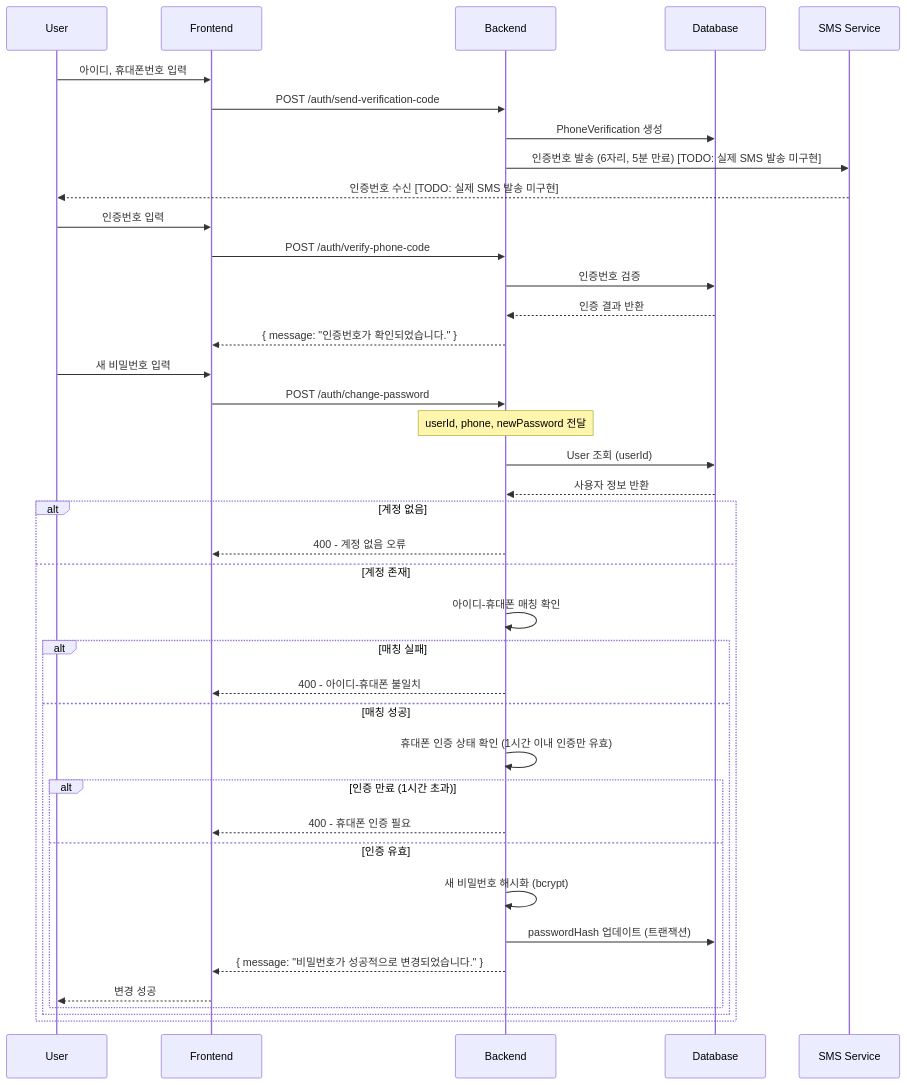
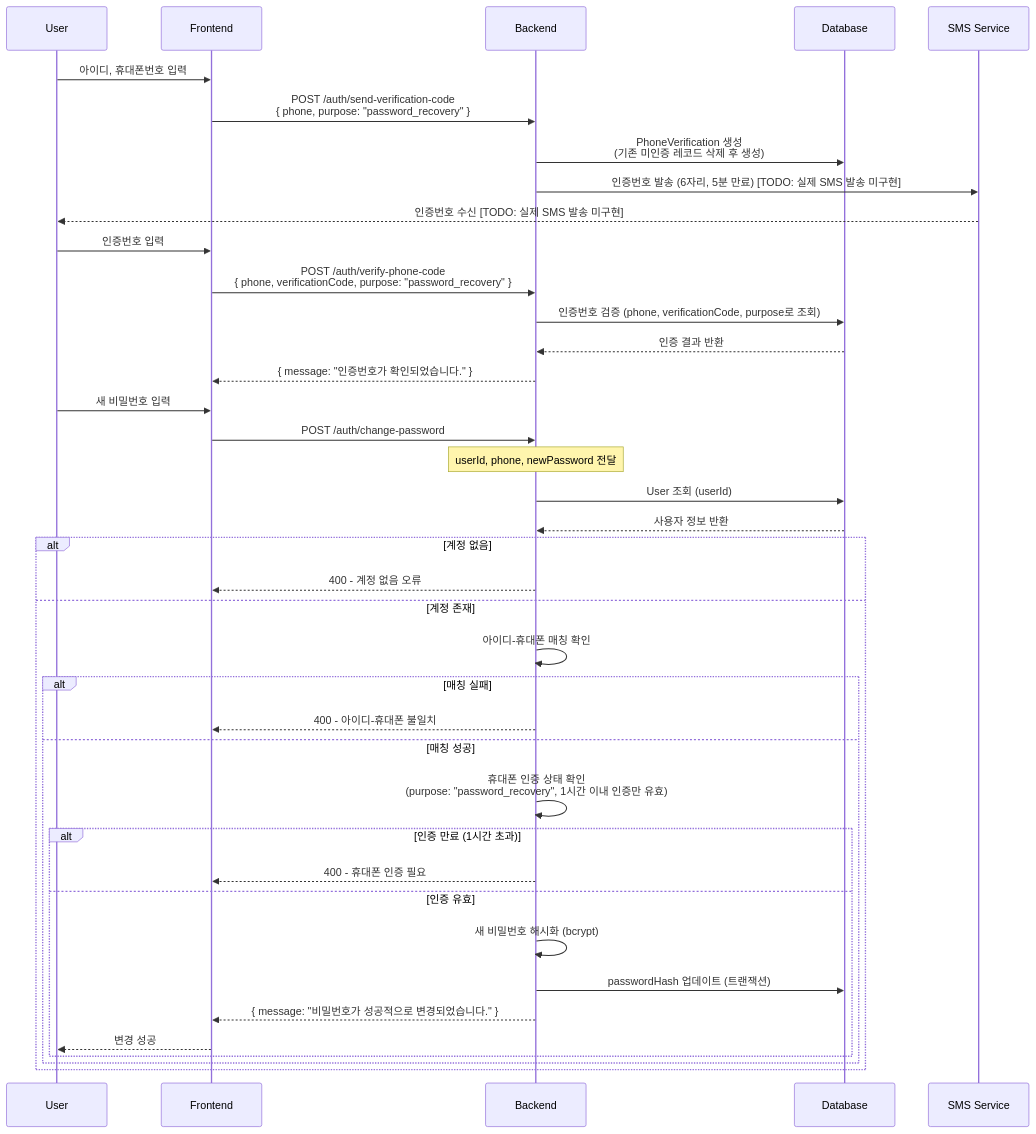
Before and after one commit to picake-team/picake-engineering-backend: the sixth of 9 diagrams in docs/common/feature/통합 인증 - 가이드.md, drawn with Mermaid. The commit also changed other lines of this file and 13 other files, not shown here.

````diff
--- a/docs/common/feature/통합 인증 - 가이드.md
+++ b/docs/common/feature/통합 인증 - 가이드.md
@@ -240,45 +240,45 @@
 ```mermaid
 sequenceDiagram
     participant U as User
     participant F as Frontend
     participant B as Backend
     participant DB as Database
     participant SMS as SMS Service
 
     U->>F: 아이디, 휴대폰번호 입력
-    F->>B: POST /auth/send-verification-code
-    B->>DB: PhoneVerification 생성
+    F->>B: POST /auth/send-verification-code<br/>{ phone, purpose: "password_recovery" }
+    B->>DB: PhoneVerification 생성<br/>(기존 미인증 레코드 삭제 후 생성)
     B->>SMS: 인증번호 발송 (6자리, 5분 만료) [TODO: 실제 SMS 발송 미구현]
     SMS-->>U: 인증번호 수신 [TODO: 실제 SMS 발송 미구현]
 
     U->>F: 인증번호 입력
-    F->>B: POST /auth/verify-phone-code
-    B->>DB: 인증번호 검증
+    F->>B: POST /auth/verify-phone-code<br/>{ phone, verificationCode, purpose: "password_recovery" }
+    B->>DB: 인증번호 검증 (phone, verificationCode, purpose로 조회)
     DB-->>B: 인증 결과 반환
     B-->>F: { message: "인증번호가 확인되었습니다." }
 
     U->>F: 새 비밀번호 입력
     F->>B: POST /auth/change-password
     Note over B: userId, phone, newPassword 전달
     B->>DB: User 조회 (userId)
     DB-->>B: 사용자 정보 반환
 
     alt 계정 없음
         B-->>F: 400 - 계정 없음 오류
     else 계정 존재
         B->>B: 아이디-휴대폰 매칭 확인
         alt 매칭 실패
             B-->>F: 400 - 아이디-휴대폰 불일치
         else 매칭 성공
-            B->>B: 휴대폰 인증 상태 확인 (1시간 이내 인증만 유효)
+            B->>B: 휴대폰 인증 상태 확인<br/>(purpose: "password_recovery", 1시간 이내 인증만 유효)
             alt 인증 만료 (1시간 초과)
                 B-->>F: 400 - 휴대폰 인증 필요
             else 인증 유효
                 B->>B: 새 비밀번호 해시화 (bcrypt)
                 B->>DB: passwordHash 업데이트 (트랜잭션)
                 B-->>F: { message: "비밀번호가 성공적으로 변경되었습니다." }
                 F-->>U: 변경 성공
             end
         end
     end
 ```
````
